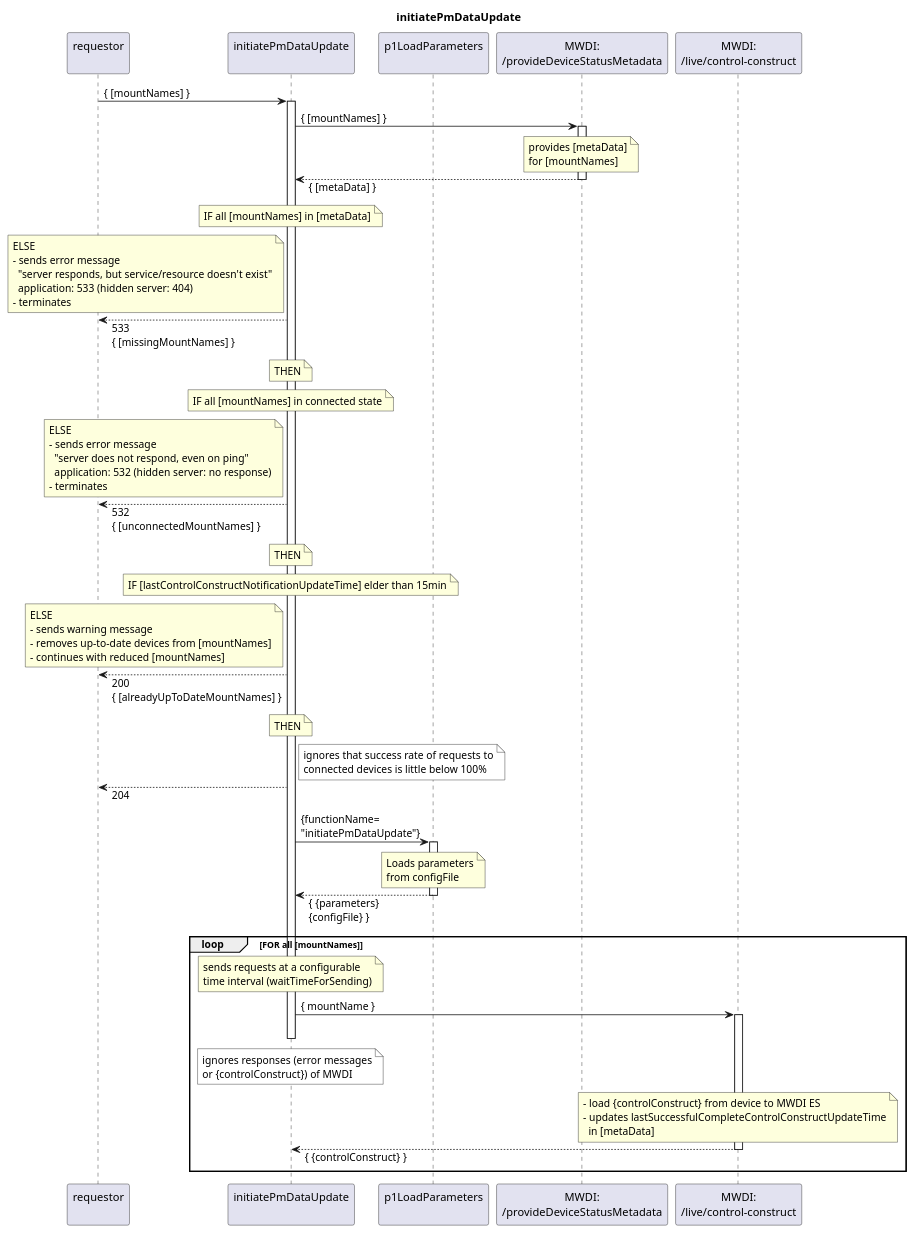
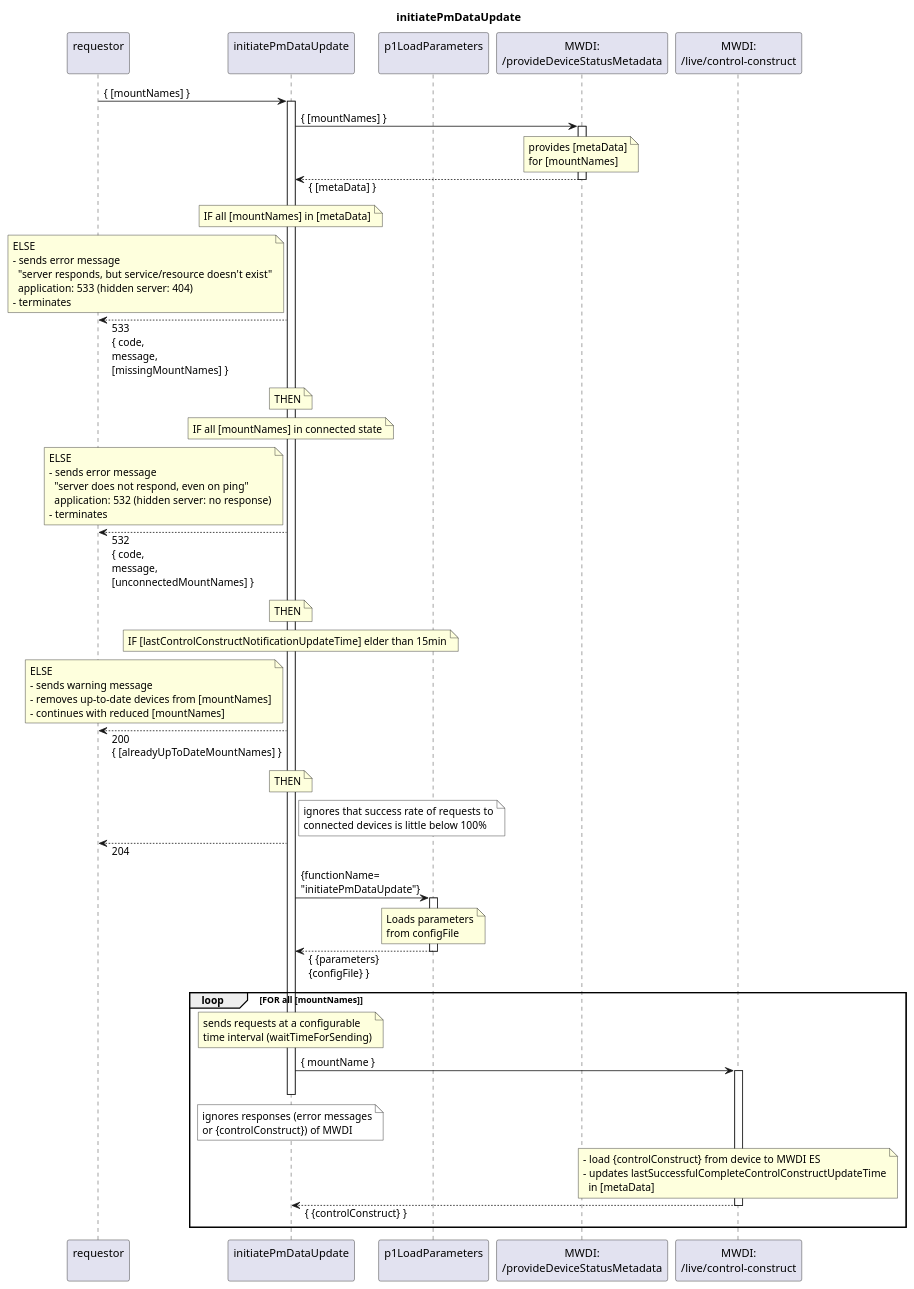
Before and after one commit to openBackhaul/DevicePerformanceManagementDataProcessor: the diagram in spec/Services/initiatePmDataUpdate/1.0.0/initiatePmDataUpdate.plantuml, drawn with PlantUML. The commit also changed 3 other files, not shown here.

```diff
--- a/spec/Services/initiatePmDataUpdate/1.0.0/initiatePmDataUpdate.plantuml
+++ b/spec/Services/initiatePmDataUpdate/1.0.0/initiatePmDataUpdate.plantuml
@@ -1,112 +1,112 @@
 @startuml initiatePmDataUpdate
 skinparam responseMessageBelowArrow true
 
 title
   initiatePmDataUpdate
 end title
 
 participant "requestor\n" as tool
 participant "initiatePmDataUpdate\n" as initUpdate
 participant "p1LoadParameters\n" as p1LoadParams
 participant "MWDI:\n/provideDeviceStatusMetadata" as mwdiMeta
 participant "MWDI:\n/live/control-construct" as mwdiLive
 
 tool -> initUpdate : { [mountNames] }
 activate initUpdate
 
   initUpdate -> mwdiMeta : { [mountNames] }
   activate mwdiMeta
     note over mwdiMeta
       provides [metaData]
       for [mountNames]
     end note
   initUpdate <-- mwdiMeta : { [metaData] }
   deactivate mwdiMeta
 
   note over initUpdate
     IF all [mountNames] in [metaData]
   end note
   note left initUpdate
     ELSE
     - sends error message
       "server responds, but service/resource doesn't exist"
       application: 533 (hidden server: 404)
     - terminates
   end note
-  tool <-- initUpdate : 533\n{ [missingMountNames] }
+  tool <-- initUpdate : 533\n{ code,\nmessage,\n[missingMountNames] }
   note over initUpdate
     THEN
   end note
 
   note over initUpdate
     IF all [mountNames] in connected state
   end note
   note left initUpdate
     ELSE
     - sends error message
       "server does not respond, even on ping"
       application: 532 (hidden server: no response)
     - terminates
   end note
-  tool <-- initUpdate : 532\n{ [unconnectedMountNames] }
+  tool <-- initUpdate : 532\n{ code,\nmessage,\n[unconnectedMountNames] }
   note over initUpdate
     THEN
   end note
 
   note over initUpdate
     IF [lastControlConstructNotificationUpdateTime] elder than 15min
   end note
   note left initUpdate
     ELSE
     - sends warning message
     - removes up-to-date devices from [mountNames]
     - continues with reduced [mountNames]
   end note
   tool <-- initUpdate : 200\n{ [alreadyUpToDateMountNames] }
   note over initUpdate
     THEN
   end note
 
   note right initUpdate #White
     ignores that success rate of requests to
     connected devices is little below 100%
   end note
   tool <-- initUpdate : 204
 
   initUpdate -> p1LoadParams : {functionName=\n"initiatePmDataUpdate"}
   activate p1LoadParams
     note over p1LoadParams
       Loads parameters
       from configFile
     end note
   initUpdate <-- p1LoadParams : { {parameters}\n{configFile} }
   deactivate p1LoadParams
 
   loop FOR all [mountNames]
 
     note over initUpdate
       sends requests at a configurable
       time interval (waitTimeForSending)
     end note
 
     initUpdate -> mwdiLive : { mountName }
     activate mwdiLive
 
 deactivate initUpdate
 note over initUpdate #White
   ignores responses (error messages
   or {controlConstruct}) of MWDI
 end note
 
       note over mwdiLive
         - load {controlConstruct} from device to MWDI ES
         - updates lastSuccessfulCompleteControlConstructUpdateTime
           in [metaData]
       end note
 
     initUpdate <-- mwdiLive : { {controlConstruct} }
     deactivate mwdiLive
 
   end loop
 
 @enduml
```
